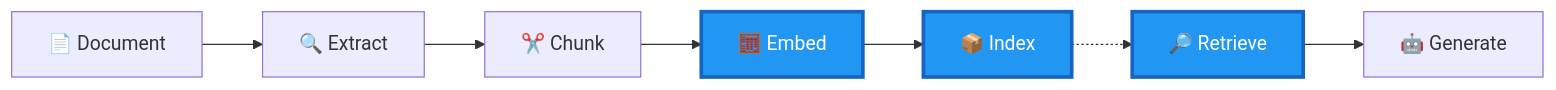
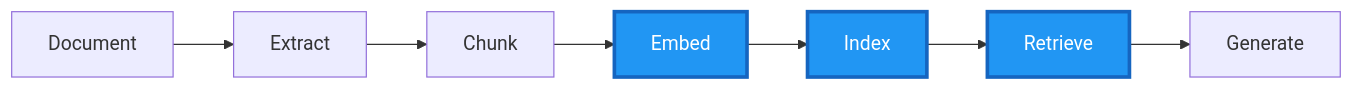
Before and after one commit to roie9876/RAG-WorkShop: the first of 15 diagrams in modules/module-5-search/README.md, drawn with Mermaid. The commit also changed other lines of this file and 3 other files, not shown here.

````diff
--- a/modules/module-5-search/README.md
+++ b/modules/module-5-search/README.md
@@ -5,13 +5,8 @@
 ```mermaid
 flowchart LR
-    DOC["📄 Document"] --> EXTRACT["🔍 Extract"]
-    EXTRACT --> CHUNK["✂️ Chunk"]
-    CHUNK --> EMBED["🧮 Embed"]
-    EMBED --> INDEX["📦 Index"]
-    INDEX -.-> RETRIEVE["🔎 Retrieve"]
-    RETRIEVE --> GENERATE["🤖 Generate"]
+    DOC[Document] --> EXTRACT[Extract] --> CHUNK[Chunk] --> EMBED[Embed] --> INDEX[Index] --> RETRIEVE[Retrieve] --> GENERATE[Generate]
     
     style EMBED fill:#2196f3,stroke:#1565c0,stroke-width:3px,color:#fff
     style INDEX fill:#2196f3,stroke:#1565c0,stroke-width:3px,color:#fff
     style RETRIEVE fill:#2196f3,stroke:#1565c0,stroke-width:3px,color:#fff
 ```
````
